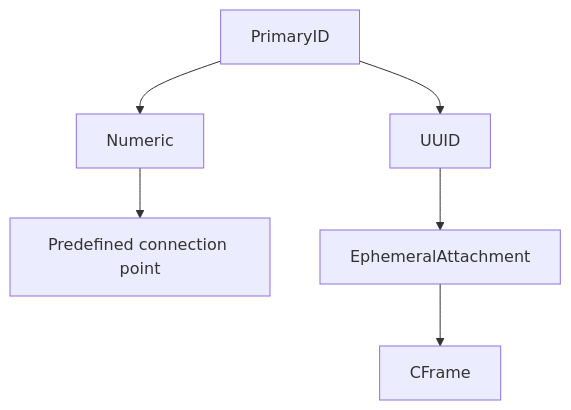
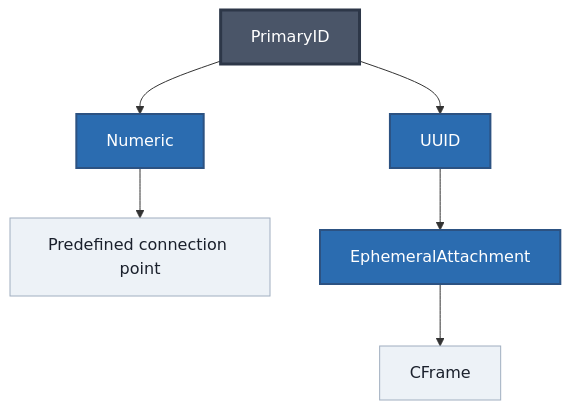
Before and after one commit to JuanCrakYT/RtG-Format: the second of 12 diagrams in SPECIFICATION.md, drawn with Mermaid. The commit also changed other lines of this file and 1 other file, not shown here.

Commit message:
Starting Mermaid

````diff
--- a/SPECIFICATION.md
+++ b/SPECIFICATION.md
@@ -200,8 +218,17 @@
 ```mermaid
 flowchart TD
-    A["PrimaryID"] --> Num
-        Num["Numeric"] --> PCP["Predefined connection point"]
-    A --> UUID
-        UUID --> Ephemeral["EphemeralAttachment"]
-        Ephemeral --> CFrame
+    A["PrimaryID"] --> Num["Numeric"]
+    Num --> PCP["Predefined connection point"]
+
+    A --> UUID["UUID"]
+    UUID --> Ephemeral["EphemeralAttachment"]
+    Ephemeral --> CFrame["CFrame"]
+
+    classDef root fill:#4a5568,color:#fff,stroke:#2d3748,stroke-width:3px;
+    classDef branch fill:#2b6cb0,color:#fff,stroke:#2c5282,stroke-width:2px;
+    classDef detail fill:#edf2f7,color:#1a202c,stroke:#a0aec0;
+
+    class A root;
+    class Num,UUID,Ephemeral branch;
+    class PCP,CFrame detail;
 ```
````
